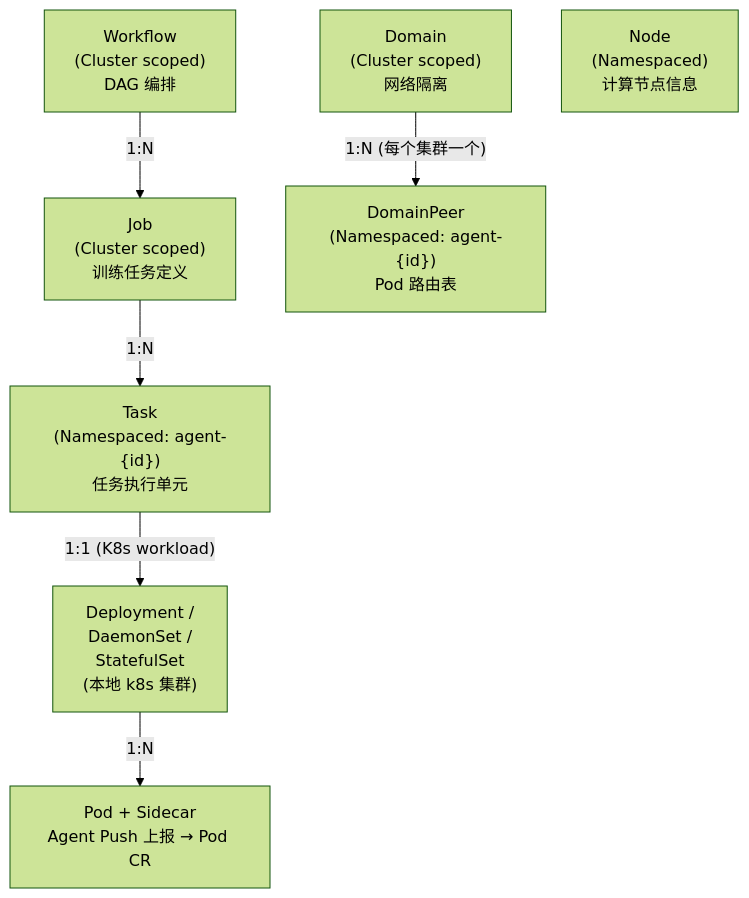
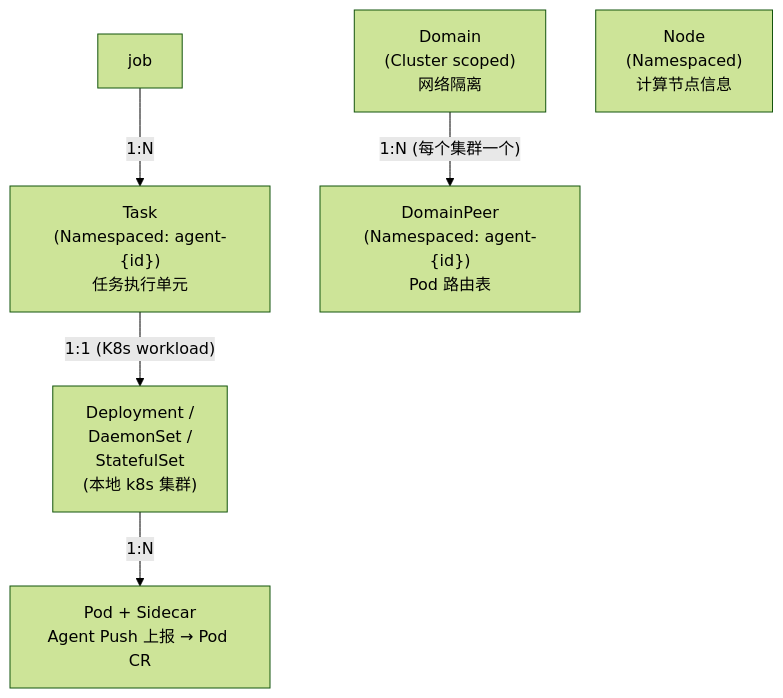
The second of 2 diagrams in apps/rlark/docs/zh/concepts.md (RLinf/RLark), drawn with Mermaid (forest theme) before and after one commit. The commit also changed other lines of this file and 410 other files, not shown here.

````diff
--- a/apps/rlark/docs/zh/concepts.md
+++ b/apps/rlark/docs/zh/concepts.md
@@ -411,9 +366,8 @@
 ```mermaid
 graph TD
-    wf["Workflow<br/>(Cluster scoped)<br/>DAG 编排"] -->|"1:N"| job["Job<br/>(Cluster scoped)<br/>训练任务定义"]
     job -->|"1:N"| task["Task<br/>(Namespaced: agent-{id})<br/>任务执行单元"]
     task -->|"1:1 (K8s workload)"| workload["Deployment /<br/>DaemonSet /<br/>StatefulSet<br/>(本地 k8s 集群)"]
     workload -->|"1:N"| pod["Pod + Sidecar<br/>Agent Push 上报 → Pod CR"]
     domain["Domain<br/>(Cluster scoped)<br/>网络隔离"] -->|"1:N (每个集群一个)"| dp["DomainPeer<br/>(Namespaced: agent-{id})<br/>Pod 路由表"]
     node["Node<br/>(Namespaced)<br/>计算节点信息"]
 ```
````
